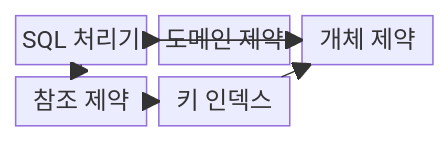
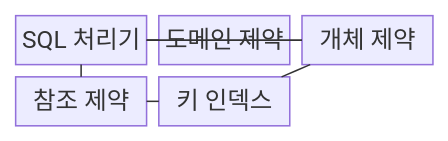
Before and after one commit to agnusdei1207/knowledge-base: the first of 2 diagrams in src/content/docs/notes/03-software/091_database_integrity_constraints.md, drawn with Mermaid. The commit also changed other lines of this file and 493 other files, not shown here.

````diff
--- a/src/content/docs/notes/03-software/091_database_integrity_constraints.md
+++ b/src/content/docs/notes/03-software/091_database_integrity_constraints.md
@@ -70,14 +70,14 @@
 ```mermaid
-block
+block-beta
   columns 3
   S["SQL 처리기"]
   D["도메인 제약"]
   E["개체 제약"]
   R["참조 제약"]
   I["키 인덱스"]
-  S --> D
-  S --> E
-  S --> R
-  I --> E
-  I --> R
+  S --- D
+  S --- E
+  S --- R
+  I --- E
+  I --- R
 ```
````
